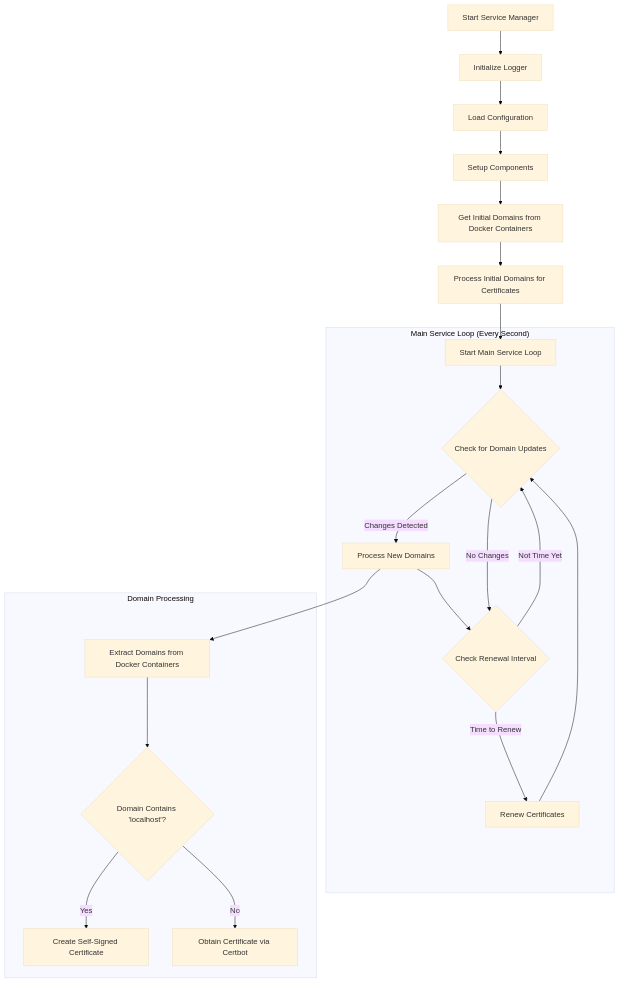
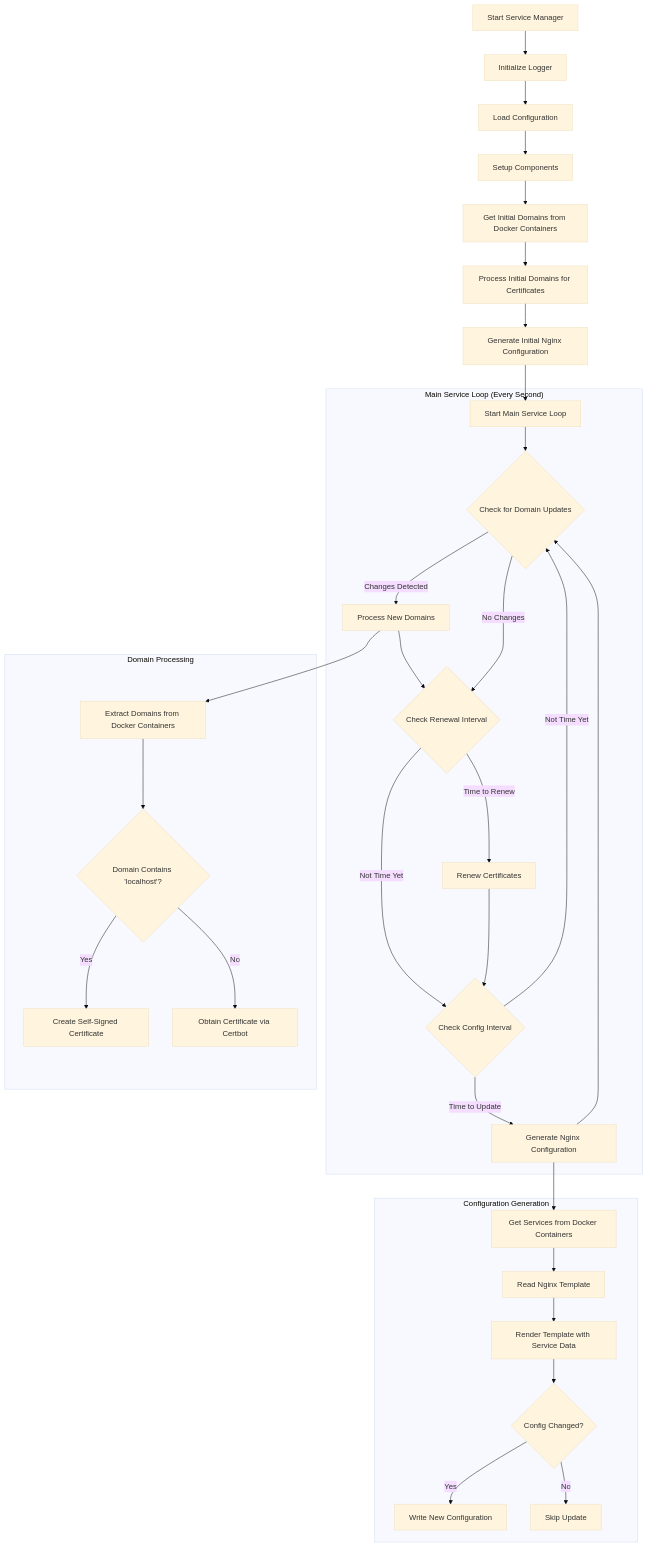
The diagram in services/service-manager/README.md (JensKlimke/jk), drawn with Mermaid (base theme) before and after one commit. The commit also changed other lines of this file and 18 other files, not shown here.

````diff
--- a/services/service-manager/README.md
+++ b/services/service-manager/README.md
@@ -27,26 +38,39 @@
 ```mermaid
 graph TD
     A[Start Service Manager] --> B[Initialize Logger]
     B --> C[Load Configuration]
     C --> D[Setup Components]
     D --> E[Get Initial Domains from Docker Containers]
     E --> F[Process Initial Domains for Certificates]
-    F --> G[Start Main Service Loop]
+    F --> F2[Generate Initial Nginx Configuration]
+    F2 --> G[Start Main Service Loop]
 
     subgraph "Main Service Loop (Every Second)"
         G --> H{Check for Domain Updates}
         H --> |Changes Detected| I[Process New Domains]
         I --> K{Check Renewal Interval}
         H --> |No Changes| K
         K --> |Time to Renew| L[Renew Certificates]
-        K --> |Not Time Yet| H
-        L --> H
+        K --> |Not Time Yet| M{Check Config Interval}
+        L --> M
+        M --> |Time to Update| N[Generate Nginx Configuration]
+        M --> |Not Time Yet| H
+        N --> H
     end
 
     subgraph "Domain Processing"
         I --> I1[Extract Domains from Docker Containers]
         I1 --> I2{Domain Contains 'localhost'?}
         I2 --> |Yes| I3[Create Self-Signed Certificate]
         I2 --> |No| I4[Obtain Certificate via Certbot]
     end
+
+    subgraph "Configuration Generation"
+        N --> N1[Get Services from Docker Containers]
+        N1 --> N2[Read Nginx Template]
+        N2 --> N3[Render Template with Service Data]
+        N3 --> N4{Config Changed?}
+        N4 --> |Yes| N5[Write New Configuration]
+        N4 --> |No| N6[Skip Update]
+    end
 ```
````
